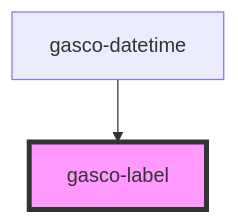
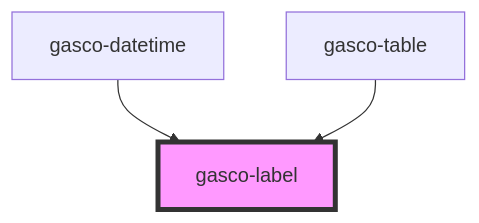
One commit to lac617a/gasco-core changed the diagram in core/src/components/gasco-label/readme.md. Above: the diagram before and after it, drawn with Mermaid. The commit also changed other lines of this file and 62 other files, not shown here.

````diff
--- a/core/src/components/gasco-label/readme.md
+++ b/core/src/components/gasco-label/readme.md
@@ -30,5 +31,6 @@
 ```mermaid
 graph TD;
   gasco-datetime --> gasco-label
+  gasco-table --> gasco-label
   style gasco-label fill:#f9f,stroke:#333,stroke-width:4px
 ```
````
